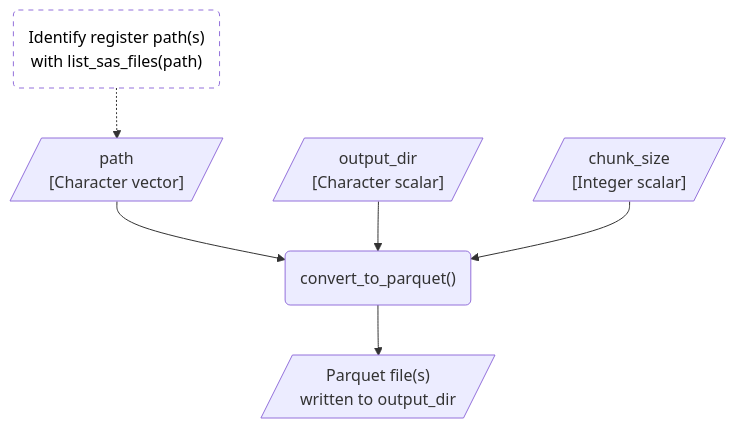
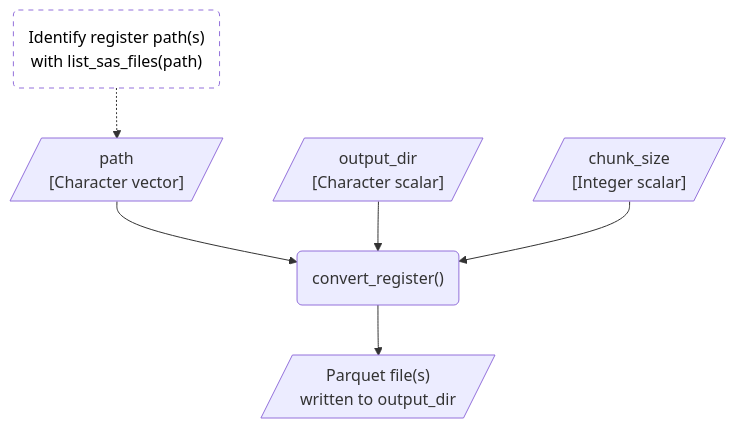
The first of 3 diagrams in articles/design.md (dp-next/registers2parquet), drawn with Mermaid before and after one commit. The commit also changed other lines of this file and 18 other files, not shown here.

````diff
--- a/articles/design.md
+++ b/articles/design.md
@@ -59,17 +59,17 @@
 ``` mermaid
 flowchart TD
     identify_paths("Identify register path(s)<br>with list_sas_files(path)")
     path[/"path<br>[Character vector]"/]
     output_dir[/"output_dir<br>[Character scalar]"/]
     chunk_size[/"chunk_size<br>[Integer scalar]"/]
-    convert_to_parquet("convert_to_parquet()")
+    convert_register("convert_register()")
     output[/"Parquet file(s)<br>written to output_dir"/]
 
     %% Edges
-    identify_paths -.-> path --> convert_to_parquet
-    output_dir & chunk_size --> convert_to_parquet
-    convert_to_parquet --> output
+    identify_paths -.-> path --> convert_register
+    output_dir & chunk_size --> convert_register
+    convert_register --> output
 
     %% Style
     style identify_paths fill:#FFFFFF, color:#000000, stroke-dasharray: 5 5
 ```
````
